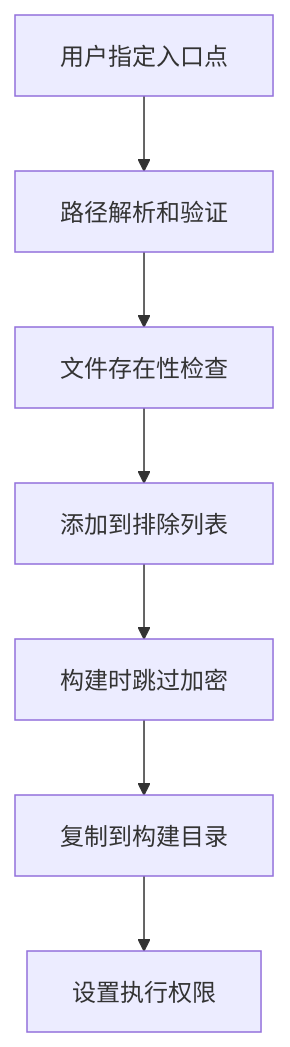
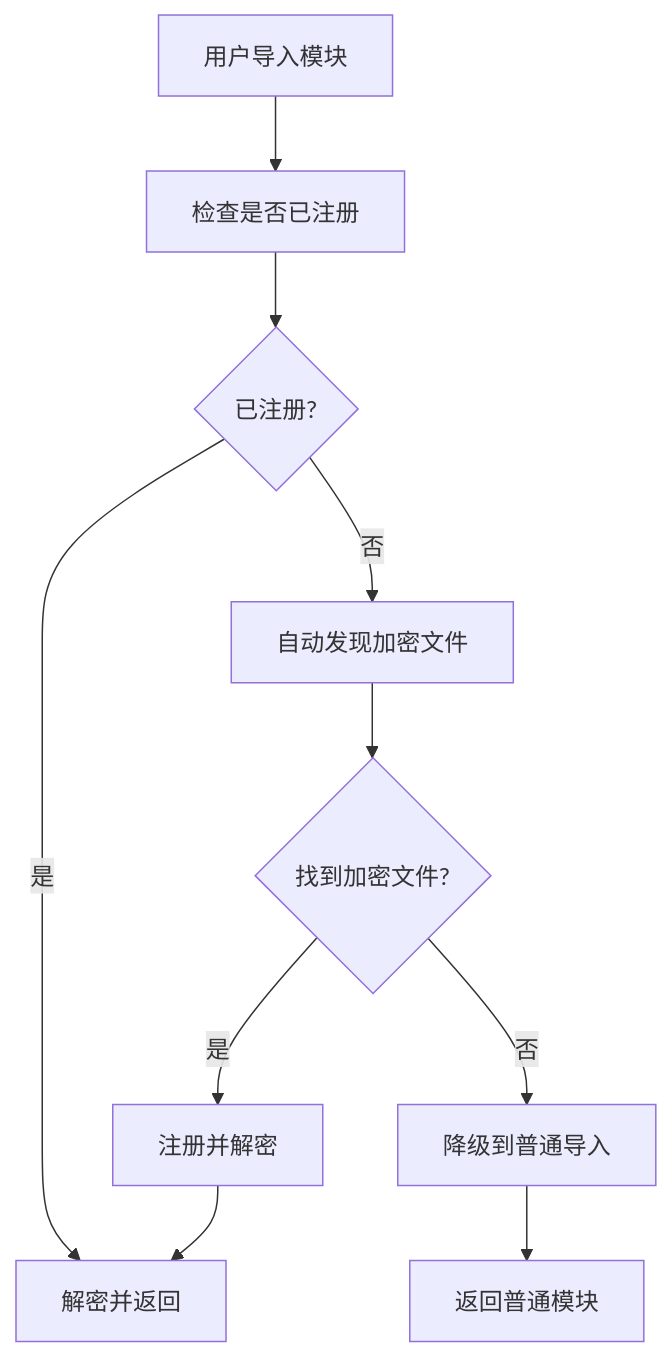
Before and after one commit to liwenju0/deepenc: the third of 3 diagrams in docs/architecture.md, drawn with Mermaid. The commit also changed other lines of this file and 6 other files, not shown here.

````diff
--- a/docs/architecture.md
+++ b/docs/architecture.md
@@ -299,9 +179,12 @@
 ```mermaid
 graph TD
-    A[用户指定入口点] --> B[路径解析和验证]
-    B --> C[文件存在性检查]
-    C --> D[添加到排除列表]
-    D --> E[构建时跳过加密]
-    E --> F[复制到构建目录]
-    F --> G[设置执行权限]
+    A[用户导入模块] --> B[检查是否已注册]
+    B --> C{已注册?}
+    C -->|是| D[解密并返回]
+    C -->|否| E[自动发现加密文件]
+    E --> F{找到加密文件?}
+    F -->|是| G[注册并解密]
+    F -->|否| H[降级到普通导入]
+    G --> D
+    H --> I[返回普通模块]
 ```
````
